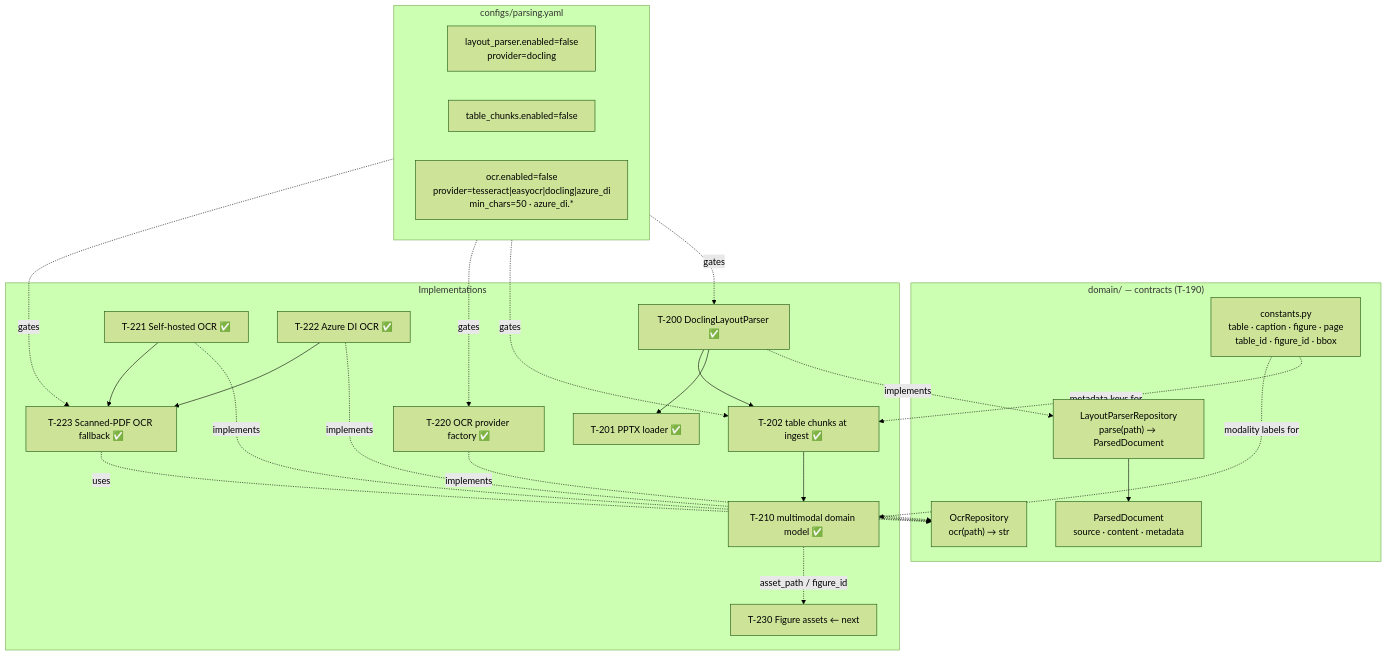
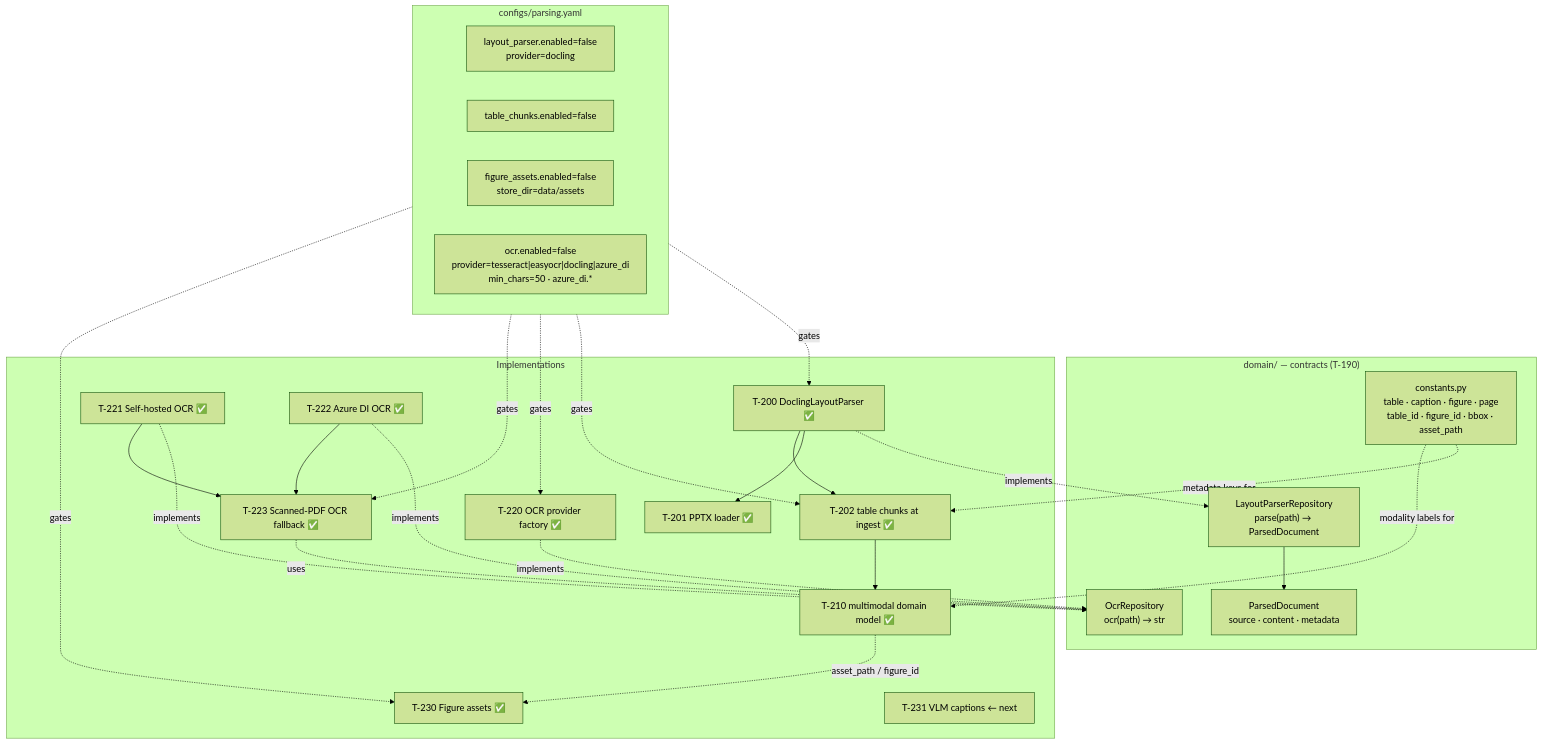
One commit to ealbertoav/rag_platform changed the fourth of 24 diagrams in README.md. Above: the diagram before and after it, drawn with Mermaid (forest theme). The commit also changed other lines of this file and 14 other files, not shown here.

First line of the commit message:
Add figure asset extraction and storage support (T-230):

````diff
--- a/README.md
+++ b/README.md
@@ -600,46 +610,49 @@
 ```mermaid
 flowchart TB
     subgraph DOMAIN["domain/ — contracts (T-190)"]
         LPR["LayoutParserRepository<br/>parse(path) → ParsedDocument"]
         OCR["OcrRepository<br/>ocr(path) → str"]
         PD["ParsedDocument<br/>source · content · metadata"]
-        CONST["constants.py<br/>table · caption · figure · page<br/>table_id · figure_id · bbox"]
+        CONST["constants.py<br/>table · caption · figure · page<br/>table_id · figure_id · bbox · asset_path"]
     end
 
     subgraph CONFIG["configs/parsing.yaml"]
         LPSET["layout_parser.enabled=false<br/>provider=docling"]
         TCSET["table_chunks.enabled=false"]
+        FASET["figure_assets.enabled=false<br/>store_dir=data/assets"]
         OCRSET["ocr.enabled=false<br/>provider=tesseract|easyocr|docling|azure_di<br/>min_chars=50 · azure_di.*"]
     end
 
     subgraph IMPL["Implementations"]
         T200["T-200 DoclingLayoutParser ✅"]
         T201["T-201 PPTX loader ✅"]
         T202["T-202 table chunks at ingest ✅"]
         T210["T-210 multimodal domain model ✅"]
         T220["T-220 OCR provider factory ✅"]
         T221["T-221 Self-hosted OCR ✅"]
         T222["T-222 Azure DI OCR ✅"]
         T223["T-223 Scanned-PDF OCR fallback ✅"]
-        T230["T-230 Figure assets ← next"]
+        T230["T-230 Figure assets ✅"]
+        T231["T-231 VLM captions ← next"]
     end
 
     LPR --> PD
     CONFIG -.->|gates| T200
     CONFIG -.->|gates| T202
     CONFIG -.->|gates| T220
     CONFIG -.->|gates| T223
+    CONFIG -.->|gates| T230
     T200 -.->|implements| LPR
     T220 -.->|implements| OCR
     T221 -.->|implements| OCR
     T222 -.->|implements| OCR
     T223 -.->|uses| OCR
     T200 --> T201
     T200 --> T202
     T202 --> T210
     T221 --> T223
     T222 --> T223
     T210 -.->|asset_path / figure_id| T230
     CONST -.->|metadata keys for| T202
     CONST -.->|modality labels for| T210
 ```
````
